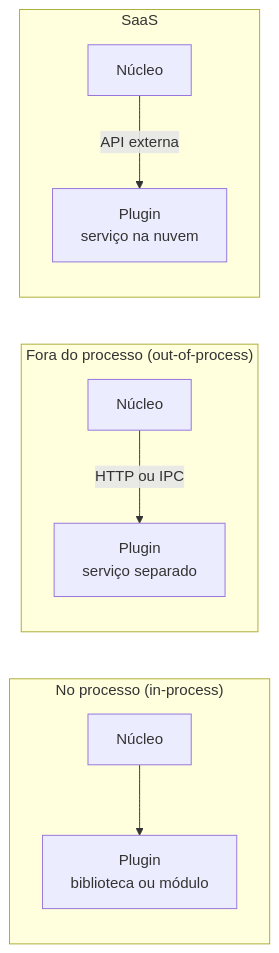
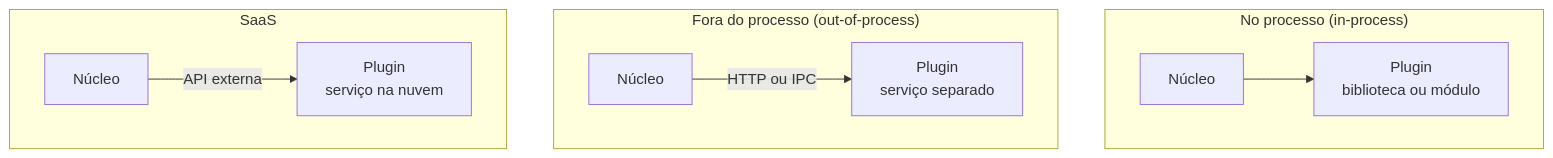
Diagram 13 of 16 in docs/modulo-1-visao-geral/padroes-e-decisoes.md (marco-mendes/arquitetura-software), drawn with Mermaid before and after one commit. The commit also changed other lines of this file and 3 other files, not shown here.

First line of the commit message:
docs: adiciona monólito modular, aplica estilo Manhattan e elimina diagramas lado a lado

````diff
--- a/docs/modulo-1-visao-geral/padroes-e-decisoes.md
+++ b/docs/modulo-1-visao-geral/padroes-e-decisoes.md
@@ -447,14 +494,17 @@
 ```mermaid
-flowchart LR
+flowchart TB
     subgraph ip["No processo (in-process)"]
+        direction LR
         N1["Núcleo"] --> P1["Plugin\nbiblioteca ou módulo"]
     end
 
     subgraph op["Fora do processo (out-of-process)"]
+        direction LR
         N2["Núcleo"] -->|"HTTP ou IPC"| P2["Plugin\nserviço separado"]
     end
 
     subgraph sa["SaaS"]
+        direction LR
         N3["Núcleo"] -->|"API externa"| P3["Plugin\nserviço na nuvem"]
     end
 ```
````
